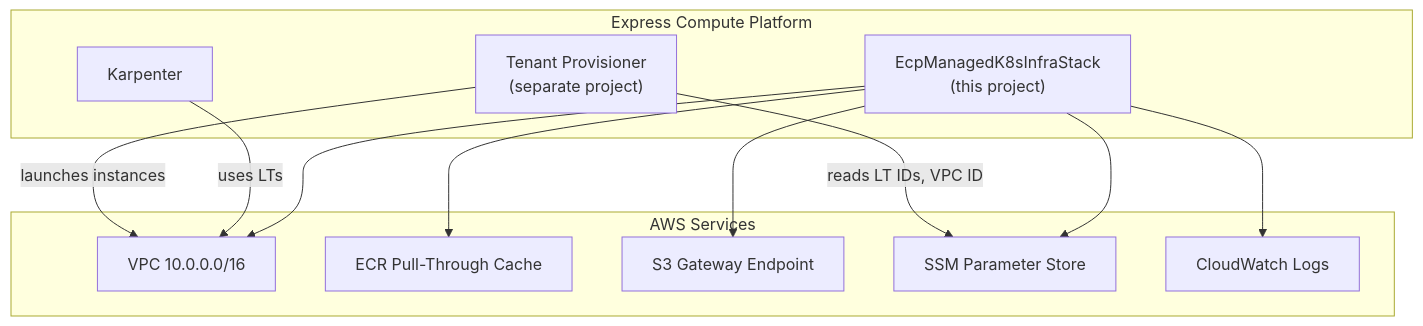
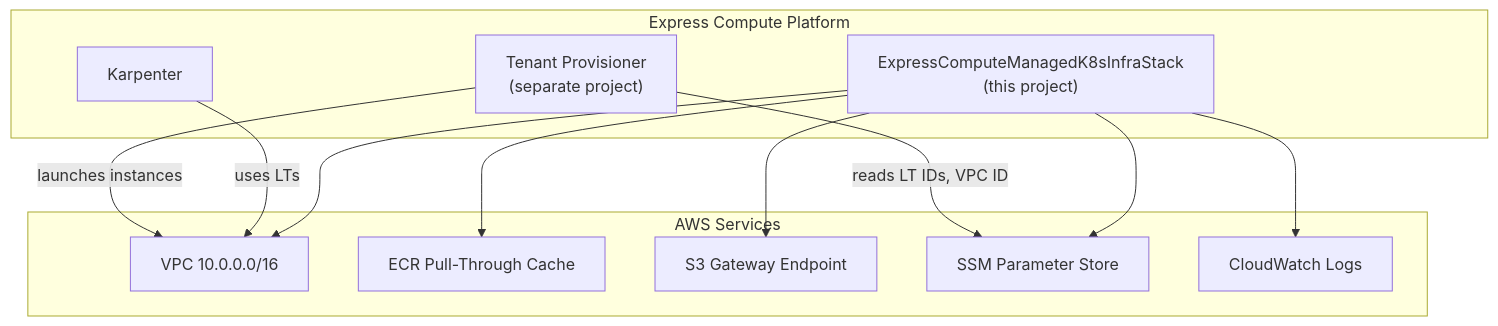
The first of 4 diagrams in .agents/summary/architecture.md (codriverlabs/express-compute-managed-k8s-infra), drawn with Mermaid before and after one commit. The commit also changed other lines of this file and 14 other files, not shown here.

Commit message:
Rename EcpManagedK8sInfraStack to ExpressComputeManagedK8sInfraStack

````diff
--- a/.agents/summary/architecture.md
+++ b/.agents/summary/architecture.md
@@ -5,26 +5,26 @@
 ```mermaid
 graph TB
     subgraph "Express Compute Platform"
-        INFRA["EcpManagedK8sInfraStack<br/>(this project)"]
+        INFRA["ExpressComputeManagedK8sInfraStack<br/>(this project)"]
         TENANT["Tenant Provisioner<br/>(separate project)"]
         KARPENTER["Karpenter"]
     end
 
     subgraph "AWS Services"
         VPC["VPC 10.0.0.0/16"]
         ECR["ECR Pull-Through Cache"]
         S3EP["S3 Gateway Endpoint"]
         SSM["SSM Parameter Store"]
         CW["CloudWatch Logs"]
     end
 
     INFRA --> VPC
     INFRA --> ECR
     INFRA --> S3EP
     INFRA --> SSM
     INFRA --> CW
 
     TENANT -->|reads LT IDs, VPC ID| SSM
     KARPENTER -->|uses LTs| VPC
     TENANT -->|launches instances| VPC
 ```
````
